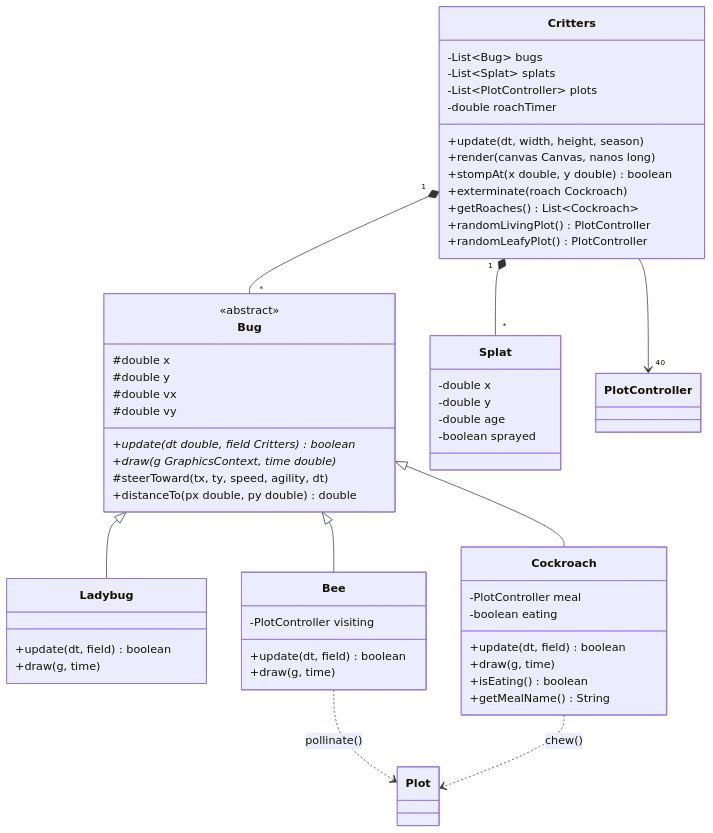
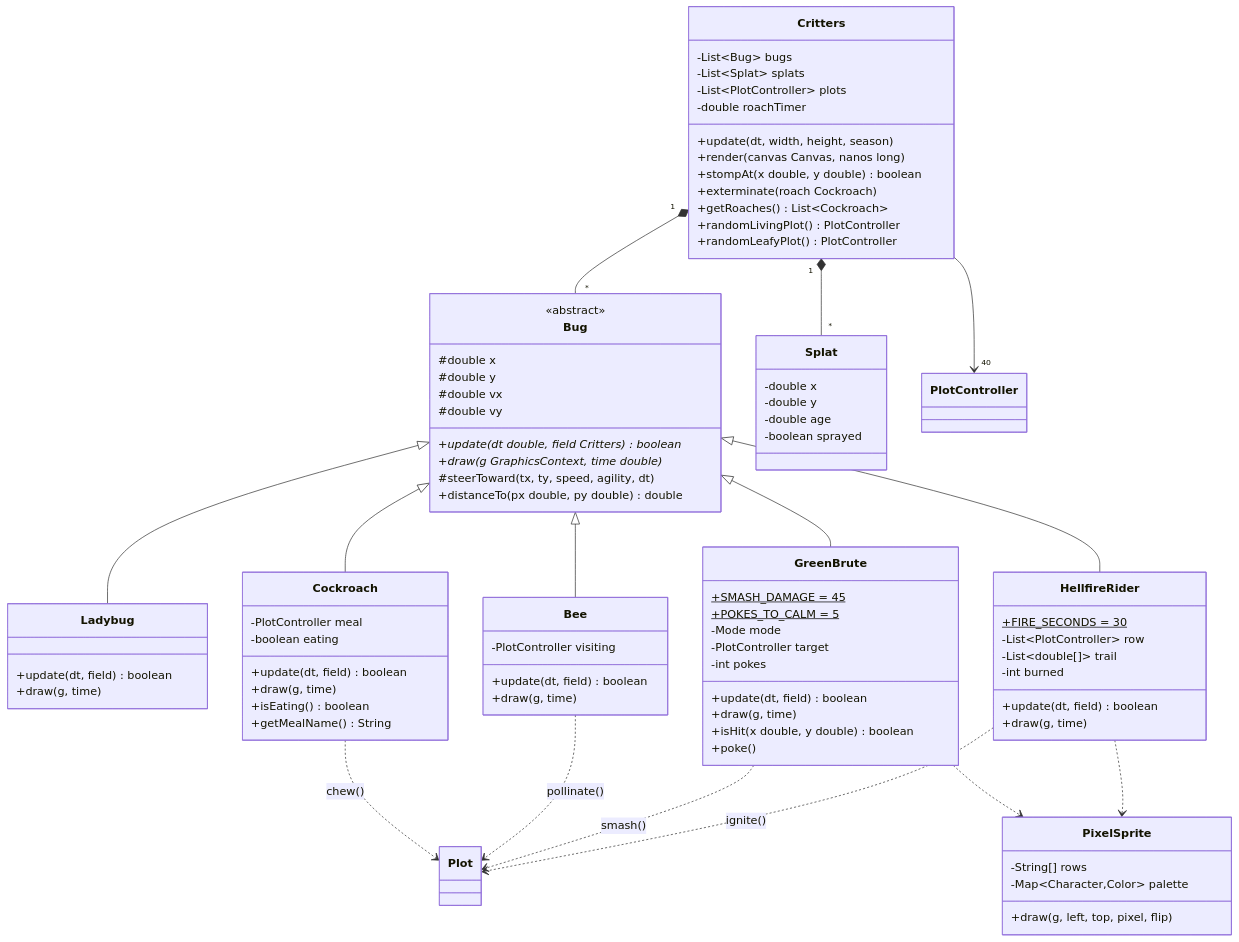
One commit to Hstrauss1/gitgarden changed the fourth of 11 diagrams in docs/UML.md. Above: the diagram before and after it, drawn with Mermaid. The commit also changed other lines of this file and 14 other files, not shown here.

First line of the commit message:
Add Hellfire Rider and Green Brute events

```diff
--- a/docs/UML.md
+++ b/docs/UML.md
@@ -394,6 +403,33 @@
         +getMealName() String
     }
 
+    class HellfireRider {
+        +FIRE_SECONDS = 30$
+        -List~PlotController~ row
+        -List~double[]~ trail
+        -int burned
+        +update(dt, field) boolean
+        +draw(g, time)
+    }
+
+    class GreenBrute {
+        +SMASH_DAMAGE = 45$
+        +POKES_TO_CALM = 5$
+        -Mode mode
+        -PlotController target
+        -int pokes
+        +update(dt, field) boolean
+        +draw(g, time)
+        +isHit(x double, y double) boolean
+        +poke()
+    }
+
+    class PixelSprite {
+        -String[] rows
+        -Map~Character,Color~ palette
+        +draw(g, left, top, pixel, flip)
+    }
+
     class Splat {
         -double x
         -double y
@@ -404,6 +440,12 @@
     Bug <|-- Ladybug
     Bug <|-- Bee
     Bug <|-- Cockroach
+    Bug <|-- HellfireRider
+    Bug <|-- GreenBrute
+    HellfireRider ..> PixelSprite
+    GreenBrute ..> PixelSprite
+    HellfireRider ..> Plot : ignite()
+    GreenBrute ..> Plot : smash()
     Critters "1" *-- "*" Bug
     Critters "1" *-- "*" Splat
     Bee ..> Plot : pollinate()
```
